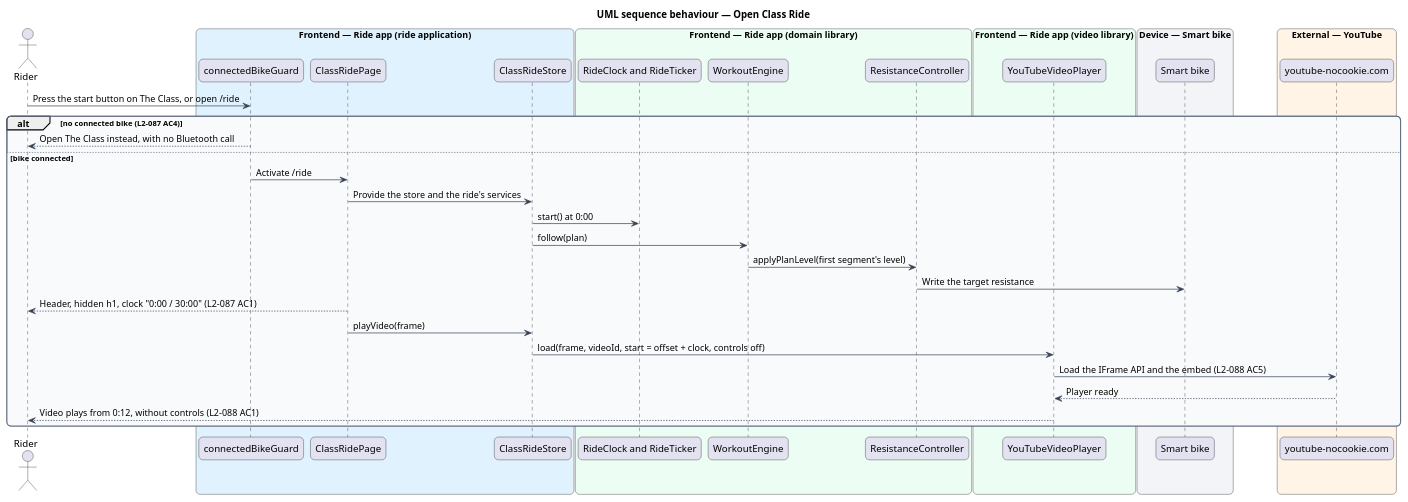
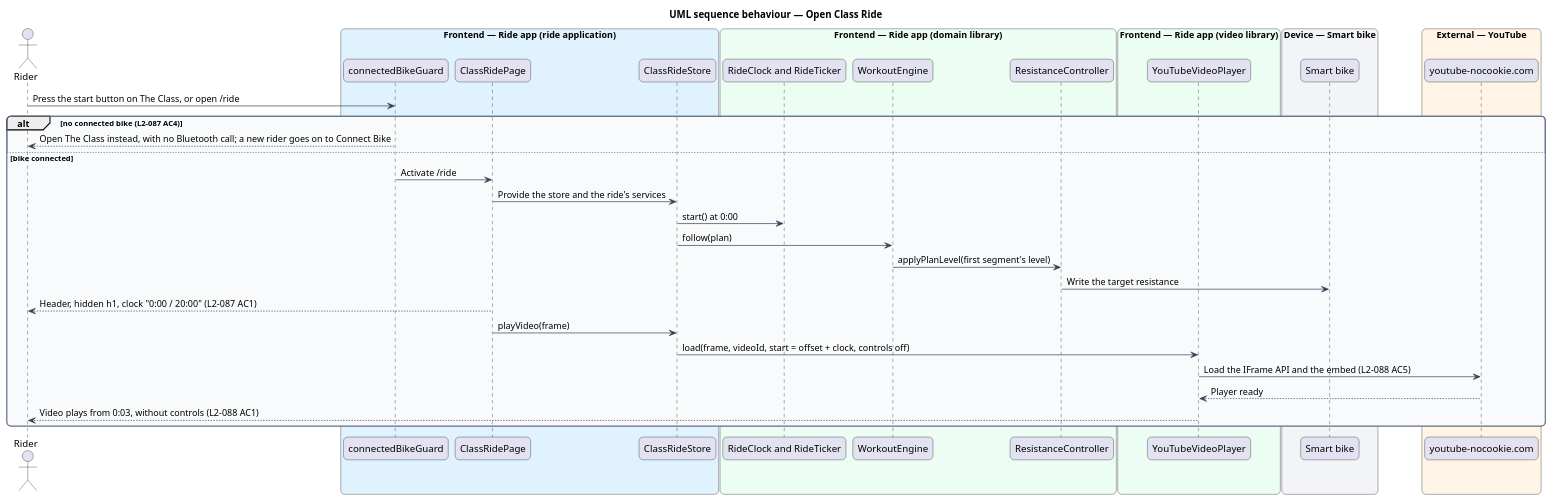
Before and after one commit to QuinntyneBrown/ride-one: the diagram in docs/detailed-designs/class-ride/ride-the-class/diagrams/sequence-open-class-ride.puml, drawn with PlantUML. The commit also changed 91 other files, not shown here.

```diff
--- a/docs/detailed-designs/class-ride/ride-the-class/diagrams/sequence-open-class-ride.puml
+++ b/docs/detailed-designs/class-ride/ride-the-class/diagrams/sequence-open-class-ride.puml
@@ -1,54 +1,54 @@
 @startuml
 title UML sequence behaviour — Open Class Ride
 skinparam backgroundColor #FFFFFF
 skinparam shadowing false
 skinparam roundcorner 12
 skinparam defaultFontName Arial
 skinparam ArrowColor #344054
 skinparam rectangle {
   BorderColor #344054
   FontColor #101828
 }
 skinparam package {
   BorderColor #667085
   FontColor #101828
   BackgroundColor #F9FAFB
 }
 actor "Rider" as rider
 box "Frontend — Ride app (ride application)" #E0F2FE
   participant "connectedBikeGuard" as guard
   participant "ClassRidePage" as page
   participant "ClassRideStore" as store
 end box
 box "Frontend — Ride app (domain library)" #ECFDF3
   participant "RideClock and RideTicker" as clock
   participant "WorkoutEngine" as engine
   participant "ResistanceController" as resist
 end box
 box "Frontend — Ride app (video library)" #ECFDF3
   participant "YouTubeVideoPlayer" as player
 end box
 box "Device — Smart bike" #F2F4F7
   participant "Smart bike" as bike
 end box
 box "External — YouTube" #FFF4E5
   participant "youtube-nocookie.com" as yt
 end box
 rider -> guard : Press the start button on The Class, or open /ride
 alt no connected bike (L2-087 AC4)
-  guard --> rider : Open The Class instead, with no Bluetooth call
+  guard --> rider : Open The Class instead, with no Bluetooth call; a new rider goes on to Connect Bike
 else bike connected
   guard -> page : Activate /ride
   page -> store : Provide the store and the ride's services
   store -> clock : start() at 0:00
   store -> engine : follow(plan)
   engine -> resist : applyPlanLevel(first segment's level)
   resist -> bike : Write the target resistance
-  page --> rider : Header, hidden h1, clock "0:00 / 30:00" (L2-087 AC1)
+  page --> rider : Header, hidden h1, clock "0:00 / 20:00" (L2-087 AC1)
   page -> store : playVideo(frame)
   store -> player : load(frame, videoId, start = offset + clock, controls off)
   player -> yt : Load the IFrame API and the embed (L2-088 AC5)
   yt --> player : Player ready
-  player --> rider : Video plays from 0:12, without controls (L2-088 AC1)
+  player --> rider : Video plays from 0:03, without controls (L2-088 AC1)
 end
 @enduml
```
